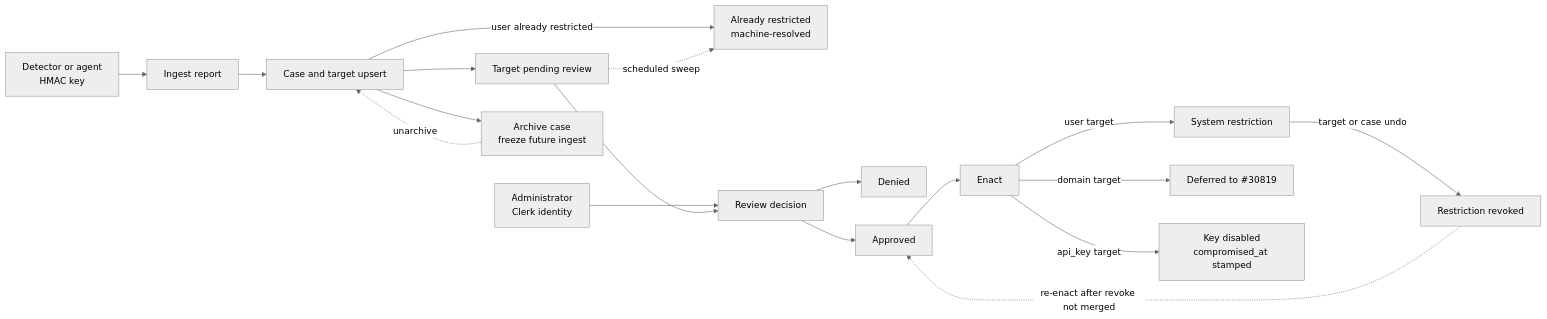
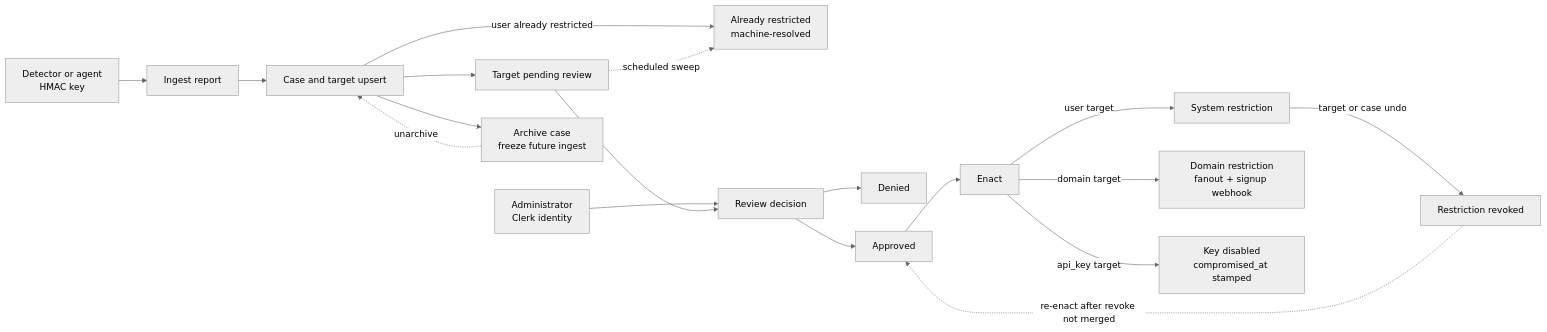
The third of 3 diagrams in packages/kyc/sentinel/SPEC.md (OpenRouterTeam/docs), drawn with Mermaid (neutral theme) before and after one commit. The commit also changed other lines of this file and 8 other files, not shown here.

````diff
--- a/packages/kyc/sentinel/SPEC.md
+++ b/packages/kyc/sentinel/SPEC.md
@@ -339,20 +340,20 @@
 ```mermaid
 flowchart LR
   MACHINE["Detector or agent<br/>HMAC key"] --> INGEST["Ingest report"]
   INGEST --> CASE["Case and target upsert"]
   CASE --> PENDING["Target pending review"]
   CASE -->|"user already restricted"| ALREADY["Already restricted<br/>machine-resolved"]
   PENDING -. "scheduled sweep" .-> ALREADY
   HUMAN["Administrator<br/>Clerk identity"] --> REVIEW["Review decision"]
   PENDING --> REVIEW
   REVIEW --> DENIED["Denied"]
   REVIEW --> APPROVED["Approved"]
   APPROVED --> ENACT["Enact"]
   ENACT -->|"user target"| RESTRICTION["System restriction"]
-  ENACT -->|"domain target"| DOMAIN_ENACT["Deferred to #30819"]
+  ENACT -->|"domain target"| DOMAIN_ENACT["Domain restriction<br/>fanout + signup webhook"]
   ENACT -->|"api_key target"| KEY_DISABLE["Key disabled<br/>compromised_at stamped"]
   CASE --> ARCHIVE["Archive case<br/>freeze future ingest"]
   ARCHIVE -. "unarchive" .-> CASE
   RESTRICTION -->|"target or case undo"| REVOKED["Restriction revoked"]
   REVOKED -. "re-enact after revoke not merged" .-> APPROVED
 ```
````
